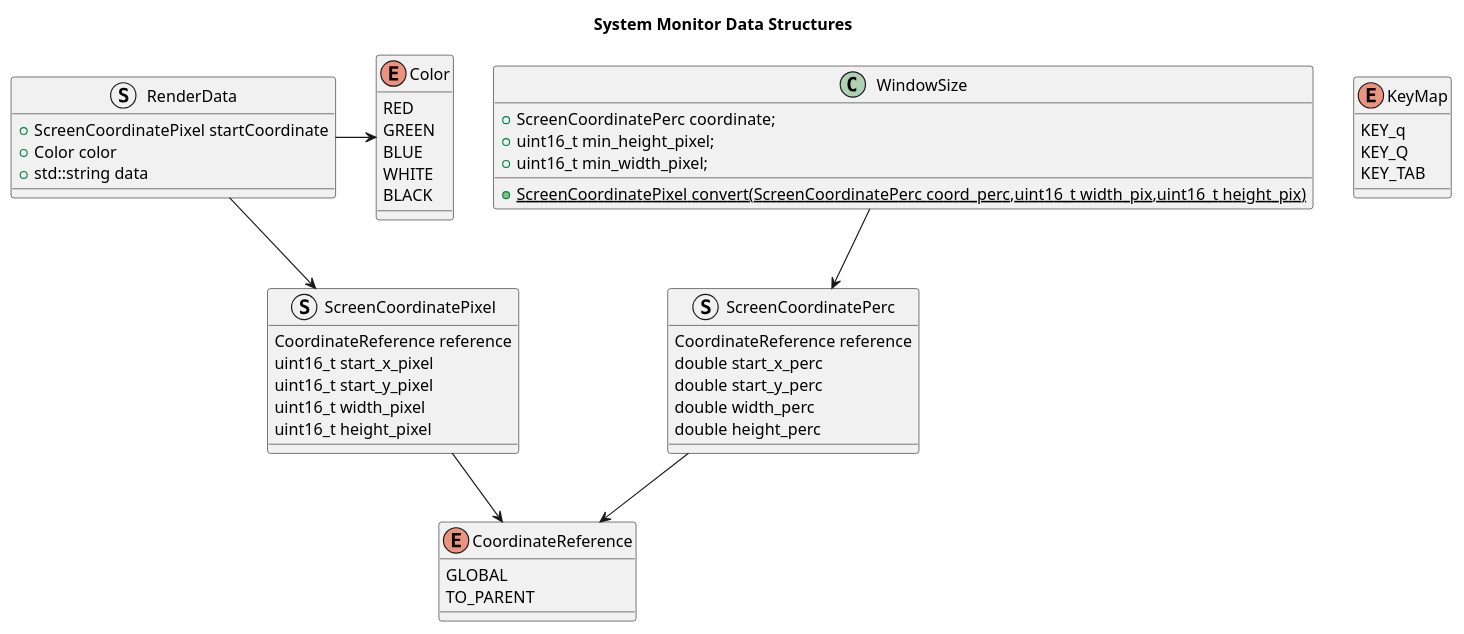
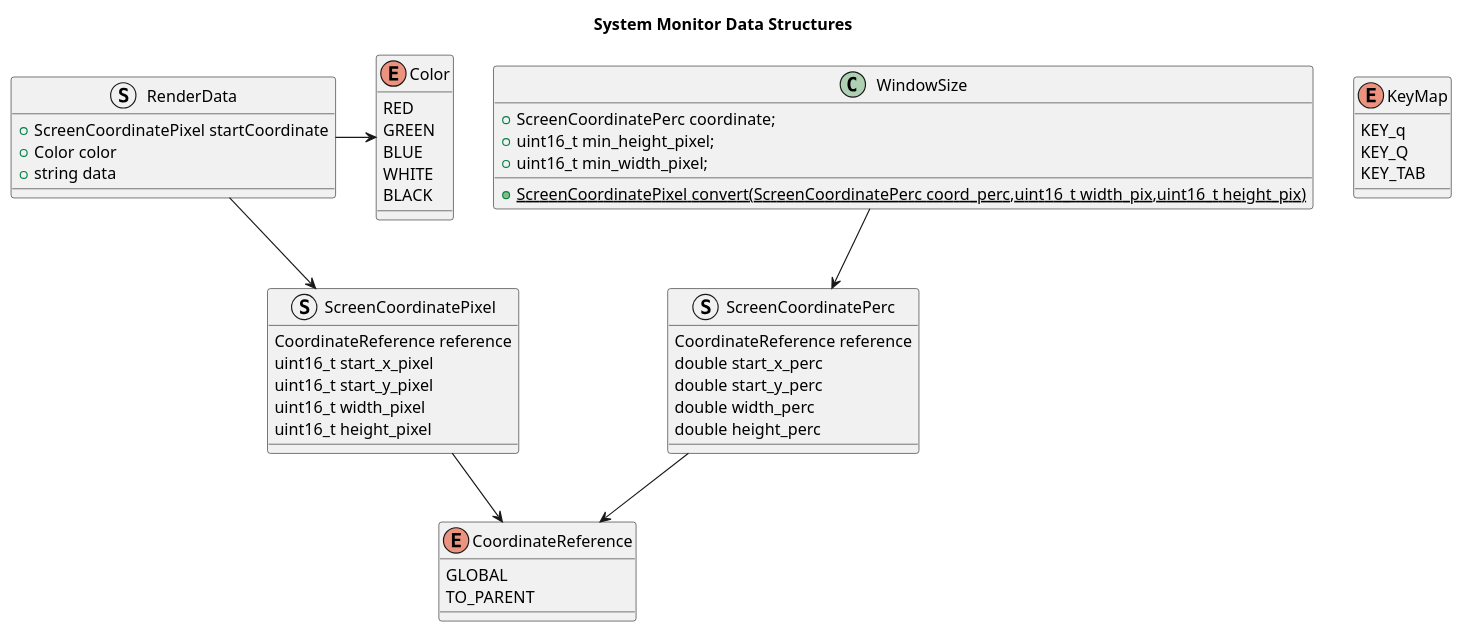
One commit to dgitz/eros changed the diagram in doc/SystemMonitor/DataStructures.puml. Above: the diagram before and after it, drawn with PlantUML. The commit also changed 42 other files, not shown here.

```diff
--- a/doc/SystemMonitor/DataStructures.puml
+++ b/doc/SystemMonitor/DataStructures.puml
@@ -1,56 +1,56 @@
 @startuml
 title "System Monitor Data Structures"
 enum CoordinateReference {
     GLOBAL
     TO_PARENT
 }
 enum KeyMap { 
     KEY_q
     KEY_Q
     KEY_TAB 
 }
 
 enum Color {
     RED
     GREEN
     BLUE
     WHITE
     BLACK
 }
 struct ScreenCoordinatePerc {
     CoordinateReference reference
     double start_x_perc
     double start_y_perc
     double width_perc
     double height_perc
 }
 ScreenCoordinatePerc --> CoordinateReference
 struct ScreenCoordinatePixel {
     CoordinateReference reference
     uint16_t start_x_pixel
     uint16_t start_y_pixel
     uint16_t width_pixel
     uint16_t height_pixel
 }
 
 ScreenCoordinatePixel --> CoordinateReference
 struct RenderData {
     +ScreenCoordinatePixel startCoordinate
     +Color color
-    +std::string data
+    +string data
 }
 class WindowSize
 {
 
     +{static} ScreenCoordinatePixel convert(ScreenCoordinatePerc coord_perc,uint16_t width_pix,uint16_t height_pix)
     +ScreenCoordinatePerc coordinate;
     +uint16_t min_height_pixel;
     +uint16_t min_width_pixel;
 }
 WindowSize --> ScreenCoordinatePerc
 RenderData --> ScreenCoordinatePixel
 RenderData -> Color
 
 
 
 @enduml
```
